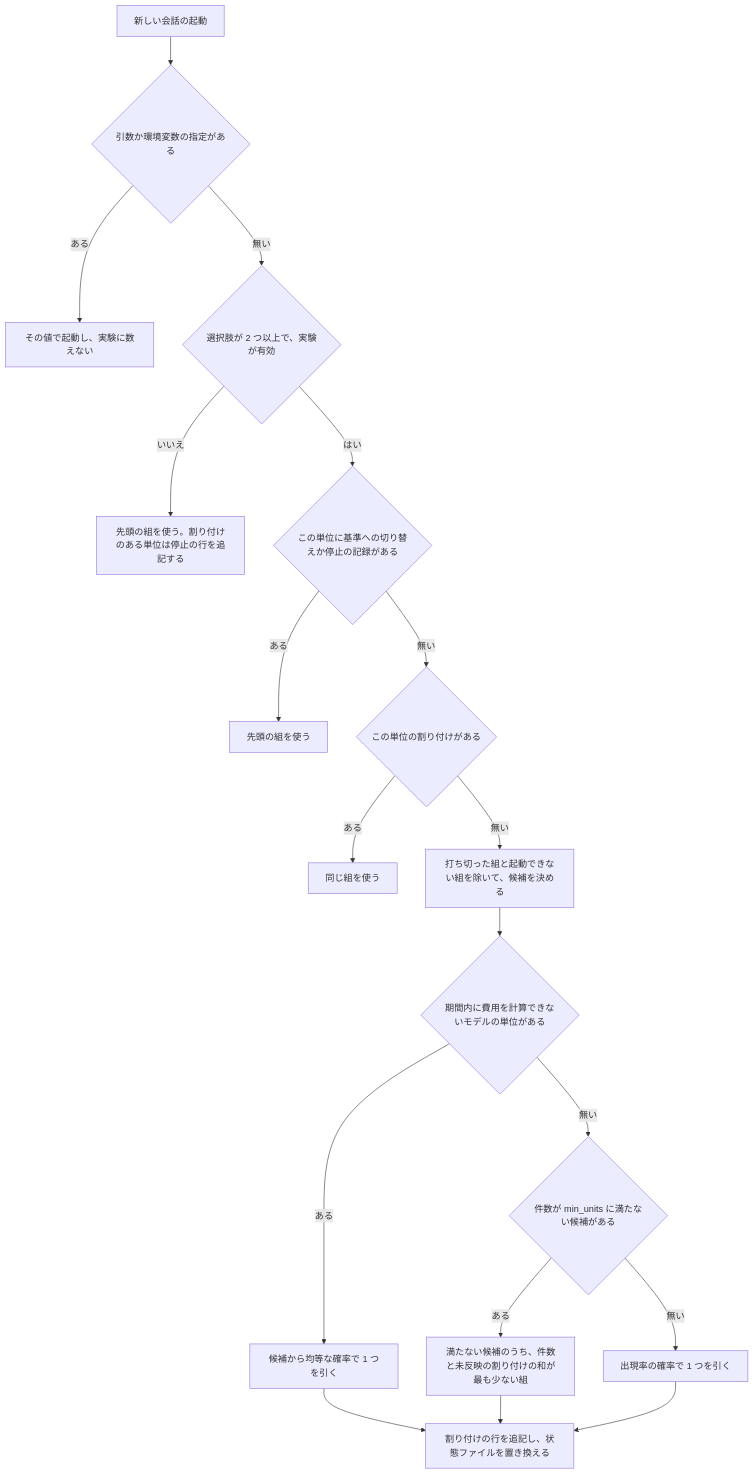
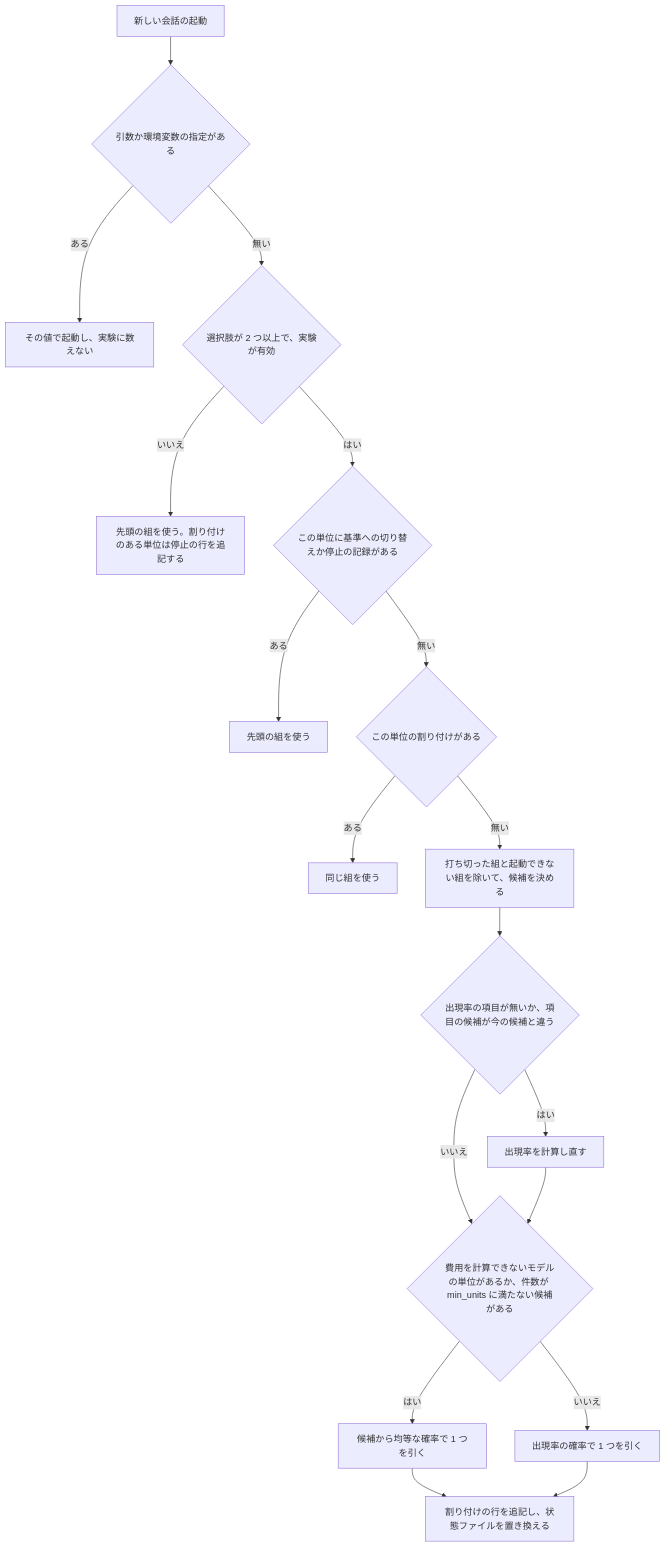
One commit to devbasex/ai-plugins changed the fourth of 5 diagrams in issues/issue-2944-design.md. Above: the diagram before and after it, drawn with Mermaid. The commit also changed other lines of this file, not shown here.

````diff
--- a/issues/issue-2944-design.md
+++ b/issues/issue-2944-design.md
@@ -424,18 +441,19 @@
 ```mermaid
 graph TD
     A[新しい会話の起動] --> B{引数か環境変数の指定がある}
     B -- ある --> Z[その値で起動し、実験に数えない]
     B -- 無い --> E{選択肢が 2 つ以上で、実験が有効}
     E -- いいえ --> F[先頭の組を使う。割り付けのある単位は停止の行を追記する]
     E -- はい --> W{この単位に基準への切り替えか停止の記録がある}
     W -- ある --> F2[先頭の組を使う]
     W -- 無い --> C{この単位の割り付けがある}
     C -- ある --> D[同じ組を使う]
     C -- 無い --> K[打ち切った組と起動できない組を除いて、候補を決める]
-    K --> Y{期間内に費用を計算できないモデルの単位がある}
-    Y -- ある --> V[候補から均等な確率で 1 つを引く]
-    Y -- 無い --> G{件数が min_units に満たない候補がある}
-    G -- ある --> H[満たない候補のうち、件数と未反映の割り付けの和が最も少ない組]
-    G -- 無い --> I[出現率の確率で 1 つを引く]
-    V & H & I --> J[割り付けの行を追記し、状態ファイルを置き換える]
+    K --> M{出現率の項目が無いか、項目の候補が今の候補と違う}
+    M -- はい --> N[出現率を計算し直す]
+    M -- いいえ --> G
+    N --> G{費用を計算できないモデルの単位があるか、件数が min_units に満たない候補がある}
+    G -- はい --> V[候補から均等な確率で 1 つを引く]
+    G -- いいえ --> I[出現率の確率で 1 つを引く]
+    V & I --> J[割り付けの行を追記し、状態ファイルを置き換える]
 ```
````
